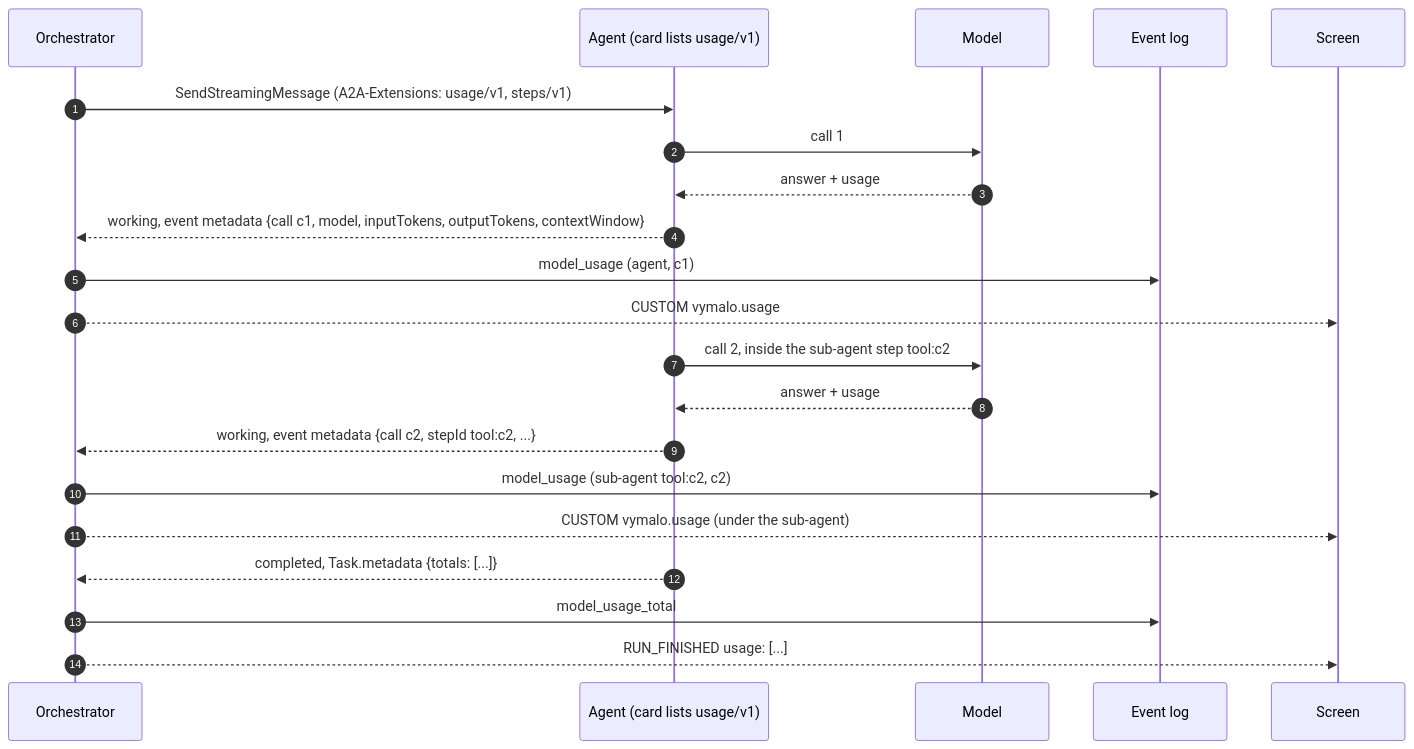
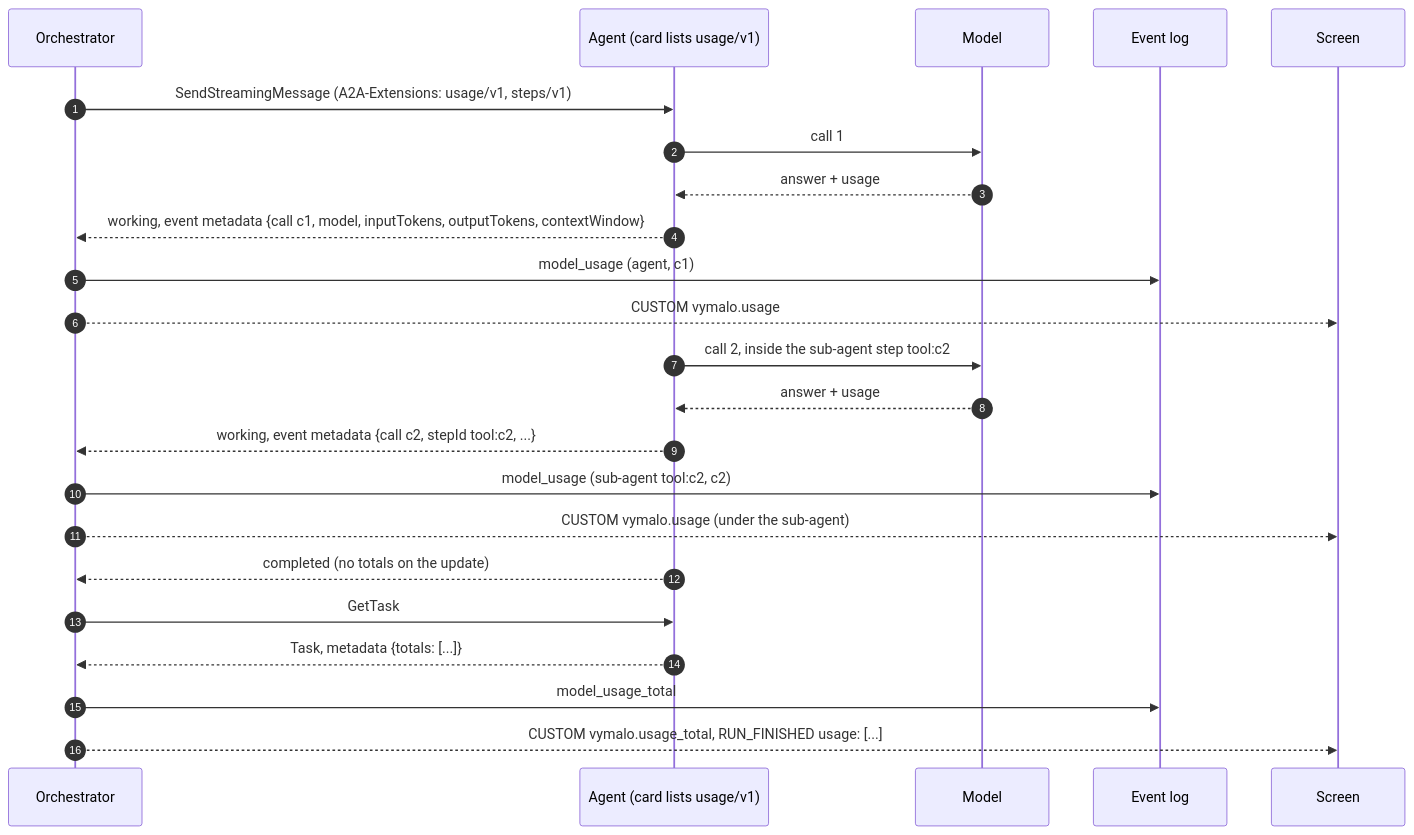
Before and after one commit to vymalo/another-agentic-system: the diagram in docs/api/usage-v1.md, drawn with Mermaid. The commit also changed other lines of this file and 8 other files, not shown here.

First line of the commit message:
docs: token usage is built; usage/v1 says where the totals are and how numbers arrive

````diff
--- a/docs/api/usage-v1.md
+++ b/docs/api/usage-v1.md
@@ -31,24 +33,26 @@
 ```mermaid
 sequenceDiagram
   autonumber
   participant O as Orchestrator
   participant A as Agent (card lists usage/v1)
   participant M as Model
   participant L as Event log
   participant W as Screen
 
   O->>A: SendStreamingMessage (A2A-Extensions: usage/v1, steps/v1)
   A->>M: call 1
   M-->>A: answer + usage
   A-->>O: working, event metadata {call c1, model, inputTokens, outputTokens, contextWindow}
   O->>L: model_usage (agent, c1)
   O-->>W: CUSTOM vymalo.usage
   A->>M: call 2, inside the sub-agent step tool:c2
   M-->>A: answer + usage
   A-->>O: working, event metadata {call c2, stepId tool:c2, ...}
   O->>L: model_usage (sub-agent tool:c2, c2)
   O-->>W: CUSTOM vymalo.usage (under the sub-agent)
-  A-->>O: completed, Task.metadata {totals: [...]}
+  A-->>O: completed (no totals on the update)
+  O->>A: GetTask
+  A-->>O: Task, metadata {totals: [...]}
   O->>L: model_usage_total
-  O-->>W: RUN_FINISHED usage: [...]
+  O-->>W: CUSTOM vymalo.usage_total, RUN_FINISHED usage: [...]
 ```
````
